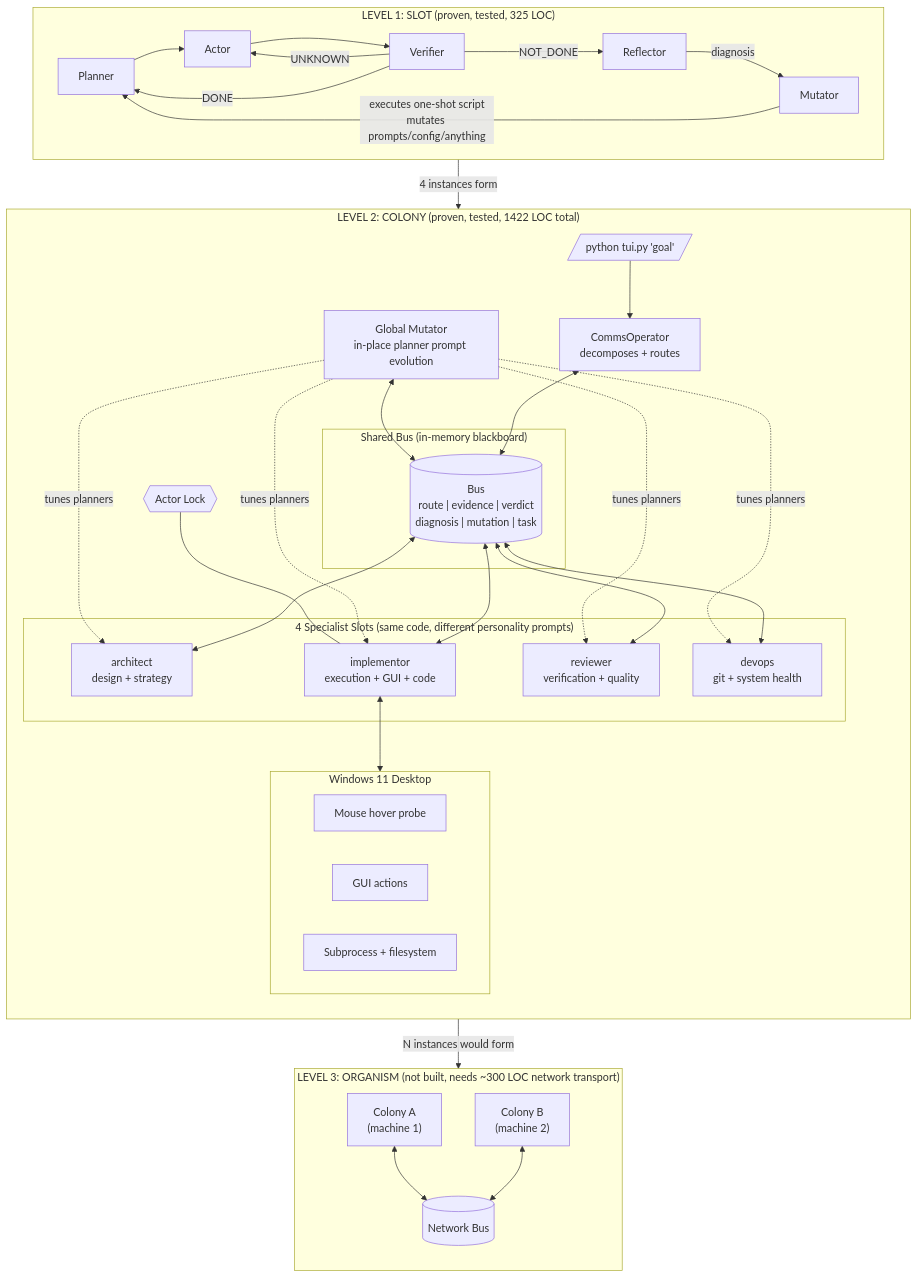
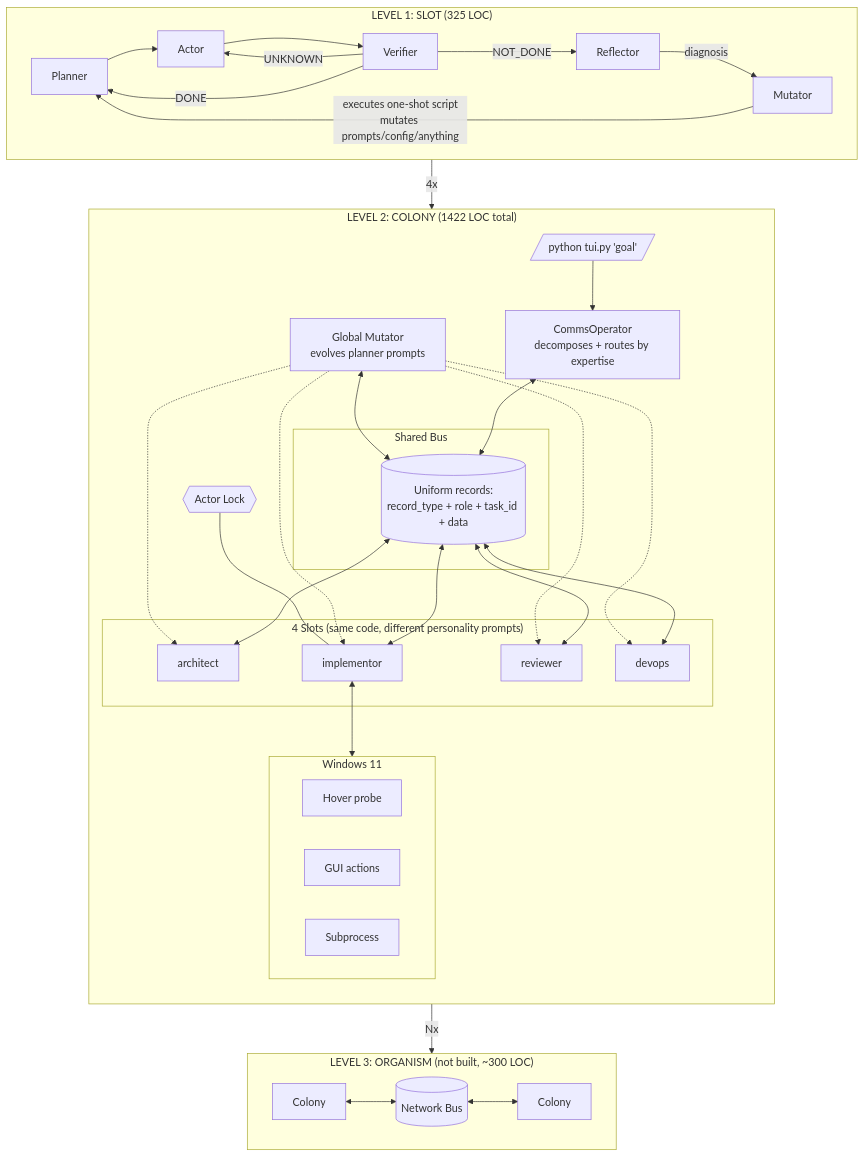
One commit to wgabrys88/endgame-ai changed the first of 2 diagrams in README.md. Above: the diagram before and after it, drawn with Mermaid. The commit also changed other lines of this file and 7 other files, not shown here.

Commit message:
unified record schema, reflector+mutator one-shot, model agnostic

````diff
--- a/README.md
+++ b/README.md
@@ -5,65 +7,60 @@
 ```mermaid
 flowchart TB
-    subgraph LEVEL1["LEVEL 1: SLOT (proven, tested, 325 LOC)"]
+    subgraph LEVEL1["LEVEL 1: SLOT (325 LOC)"]
         direction LR
         P1["Planner"] --> A1["Actor"] --> V1["Verifier"]
         V1 -->|"DONE"| P1
         V1 -->|"NOT_DONE"| RF["Reflector"]
         RF -->|"diagnosis"| MU["Mutator"]
         MU -->|"executes one-shot script<br/>mutates prompts/config/anything"| P1
         V1 -->|"UNKNOWN"| A1
     end
 
-    subgraph LEVEL2["LEVEL 2: COLONY (proven, tested, 1422 LOC total)"]
+    subgraph LEVEL2["LEVEL 2: COLONY (1422 LOC total)"]
         direction TB
-        GOAL[/"python tui.py 'goal'"/] --> COMMS["CommsOperator<br/>decomposes + routes"]
+        GOAL[/"python tui.py 'goal'"/] --> COMMS["CommsOperator<br/>decomposes + routes by expertise"]
 
-        subgraph BUS_AREA["Shared Bus (in-memory blackboard)"]
-            BUS[("Bus<br/>route | evidence | verdict<br/>diagnosis | mutation | task")]
+        subgraph BUS_AREA["Shared Bus"]
+            BUS[("Uniform records:<br/>record_type + role + task_id + data")]
         end
 
         COMMS <--> BUS
 
-        subgraph SLOTS["4 Specialist Slots (same code, different personality prompts)"]
-            S1["architect<br/>design + strategy"]
-            S2["implementor<br/>execution + GUI + code"]
-            S3["reviewer<br/>verification + quality"]
-            S4["devops<br/>git + system health"]
+        subgraph SLOTS["4 Slots (same code, different personality prompts)"]
+            S1["architect"]
+            S2["implementor"]
+            S3["reviewer"]
+            S4["devops"]
         end
 
         BUS <--> S1
         BUS <--> S2
         BUS <--> S3
         BUS <--> S4
 
-        GM["Global Mutator<br/>in-place planner prompt evolution"]
+        GM["Global Mutator<br/>evolves planner prompts"]
         GM <--> BUS
-        GM -.->|"tunes planners"| S1
-        GM -.->|"tunes planners"| S2
-        GM -.->|"tunes planners"| S3
-        GM -.->|"tunes planners"| S4
+        GM -.-> S1
+        GM -.-> S2
+        GM -.-> S3
+        GM -.-> S4
 
         LOCK{{"Actor Lock"}}
         LOCK --- S2
 
-        subgraph DESKTOP["Windows 11 Desktop"]
-            OBS["Mouse hover probe"]
+        subgraph DESKTOP["Windows 11"]
+            OBS["Hover probe"]
             ACT["GUI actions"]
-            SUB["Subprocess + filesystem"]
+            SUB["Subprocess"]
         end
 
         S2 <--> DESKTOP
     end
 
-    subgraph LEVEL3["LEVEL 3: ORGANISM (not built, needs ~300 LOC network transport)"]
-        direction TB
-        C1["Colony A<br/>(machine 1)"]
-        C2["Colony B<br/>(machine 2)"]
-        NETBUS[("Network Bus")]
-        C1 <--> NETBUS
-        C2 <--> NETBUS
+    subgraph LEVEL3["LEVEL 3: ORGANISM (not built, ~300 LOC)"]
+        C1["Colony"] <--> NB[("Network Bus")] <--> C2["Colony"]
     end
 
-    LEVEL1 -->|"4 instances form"| LEVEL2
-    LEVEL2 -->|"N instances would form"| LEVEL3
+    LEVEL1 -->|"4x"| LEVEL2
+    LEVEL2 -->|"Nx"| LEVEL3
 ```
````
